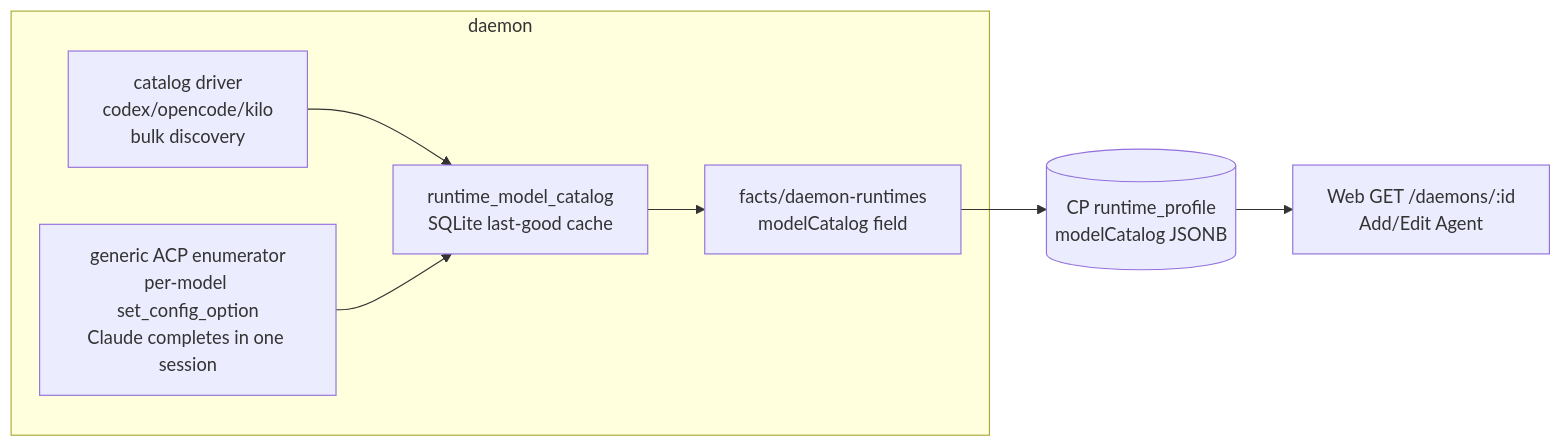
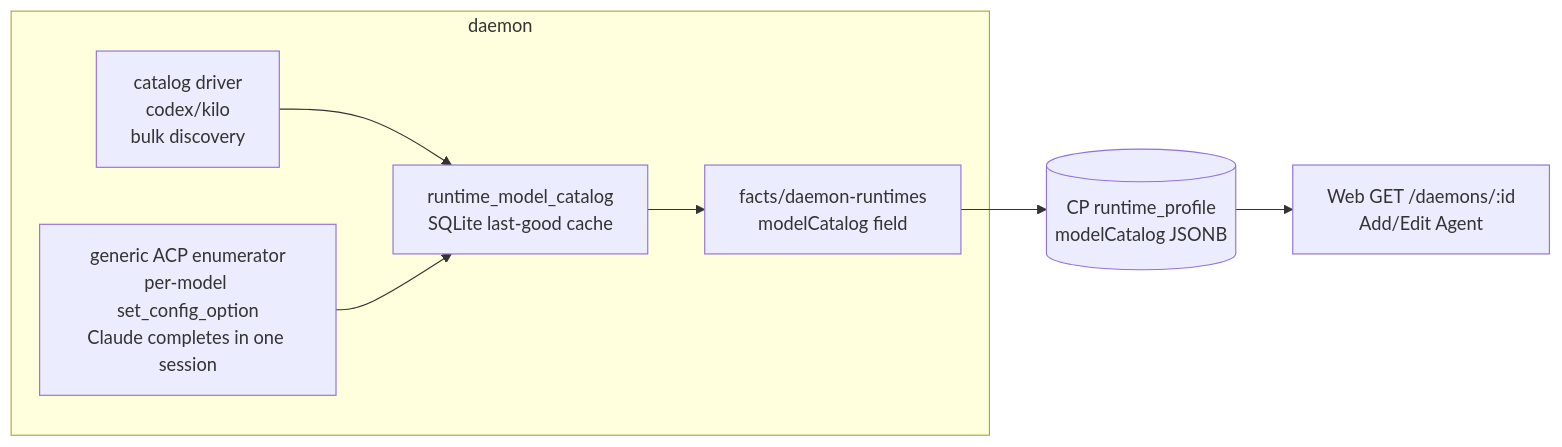
Before and after one commit to agentconnect-md/agentconnect: the first of 2 diagrams in docs/designs/runtime-model-catalog.md, drawn with Mermaid. The commit also changed other lines of this file and 27 other files, not shown here.

````diff
--- a/docs/designs/runtime-model-catalog.md
+++ b/docs/designs/runtime-model-catalog.md
@@ -77,10 +79,10 @@
 ```mermaid
 flowchart LR
   subgraph daemon
-    D1[catalog driver<br/>codex/opencode/kilo<br/>bulk discovery] --> M
+    D1[catalog driver<br/>codex/kilo<br/>bulk discovery] --> M
     D2[generic ACP enumerator<br/>per-model set_config_option<br/>Claude completes in one session] --> M
     M[runtime_model_catalog<br/>SQLite last-good cache] --> R[facts/daemon-runtimes<br/>modelCatalog field]
   end
   R --> CP[(CP runtime_profile<br/>modelCatalog JSONB)]
   CP --> W[Web GET /daemons/:id<br/>Add/Edit Agent]
 ```
````
